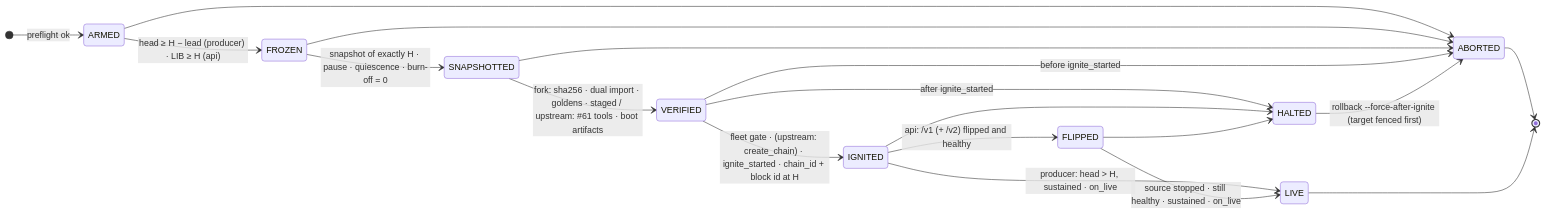
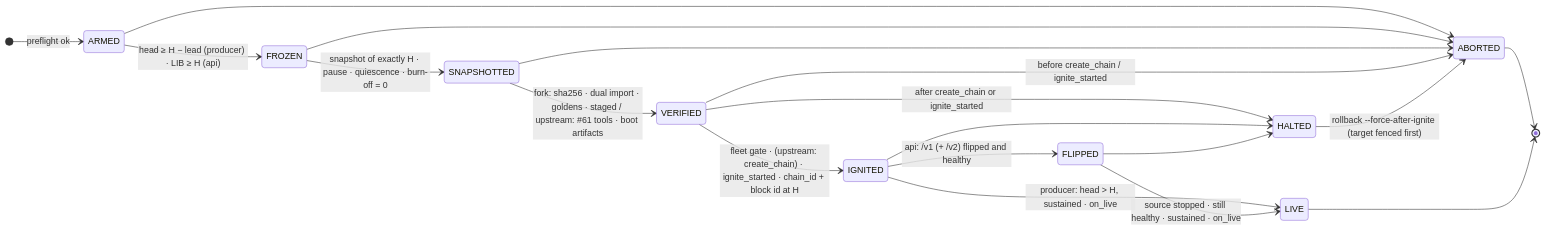
One commit to paulgnz/pulse-cutover changed the diagram in docs/DESIGN.md. Above: the diagram before and after it, drawn with Mermaid. The commit also changed other lines of this file and 6 other files, not shown here.

````diff
--- a/docs/DESIGN.md
+++ b/docs/DESIGN.md
@@ -69,22 +70,22 @@
 ```mermaid
 stateDiagram-v2
     direction LR
     [*] --> ARMED: preflight ok
     ARMED --> FROZEN: head ≥ H − lead (producer) · LIB ≥ H (api)
     FROZEN --> SNAPSHOTTED: snapshot of exactly H · pause · quiescence · burn-off = 0
     SNAPSHOTTED --> VERIFIED: fork: sha256 · dual import · goldens · staged / upstream: #61 tools · boot artifacts
     VERIFIED --> IGNITED: fleet gate · (upstream: create_chain) · ignite_started · chain_id + block id at H
     IGNITED --> LIVE: producer: head > H, sustained · on_live
     IGNITED --> FLIPPED: api: /v1 (+ /v2) flipped and healthy
     FLIPPED --> LIVE: source stopped · still healthy · sustained · on_live
     ARMED --> ABORTED
     FROZEN --> ABORTED
     SNAPSHOTTED --> ABORTED
-    VERIFIED --> ABORTED: before ignite_started
-    VERIFIED --> HALTED: after ignite_started
+    VERIFIED --> ABORTED: before create_chain / ignite_started
+    VERIFIED --> HALTED: after create_chain or ignite_started
     IGNITED --> HALTED
     FLIPPED --> HALTED
     HALTED --> ABORTED: rollback --force-after-ignite (target fenced first)
     ABORTED --> [*]
     LIVE --> [*]
 ```
````
